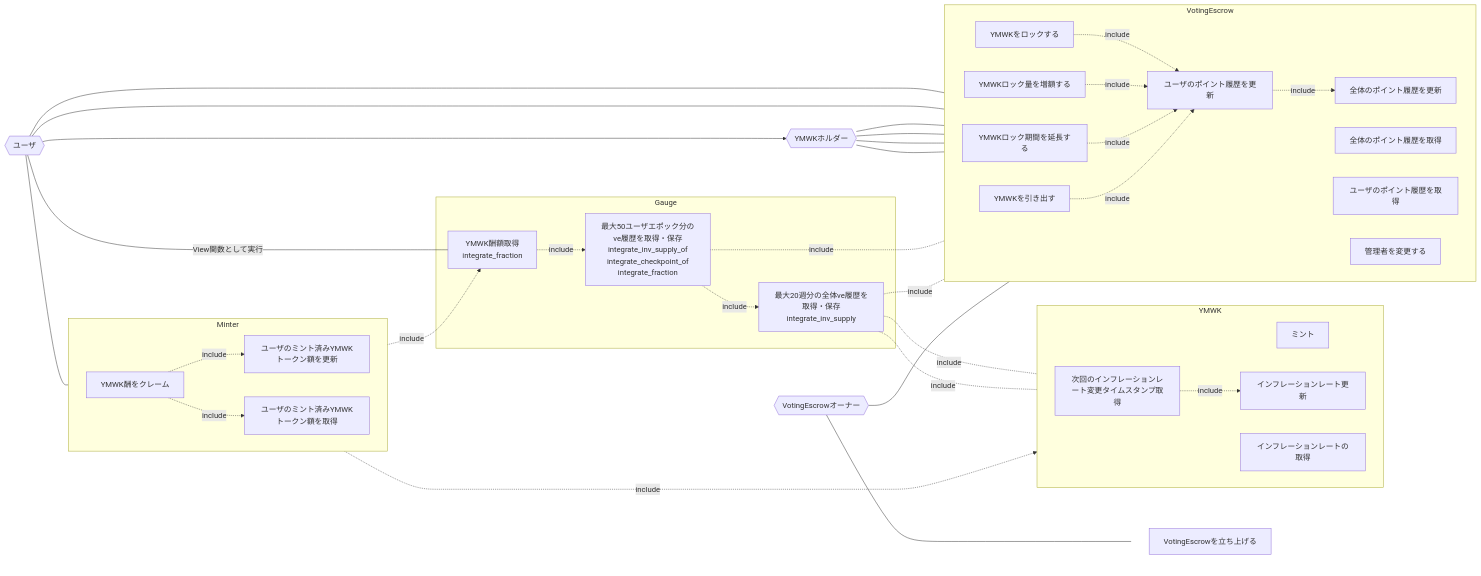
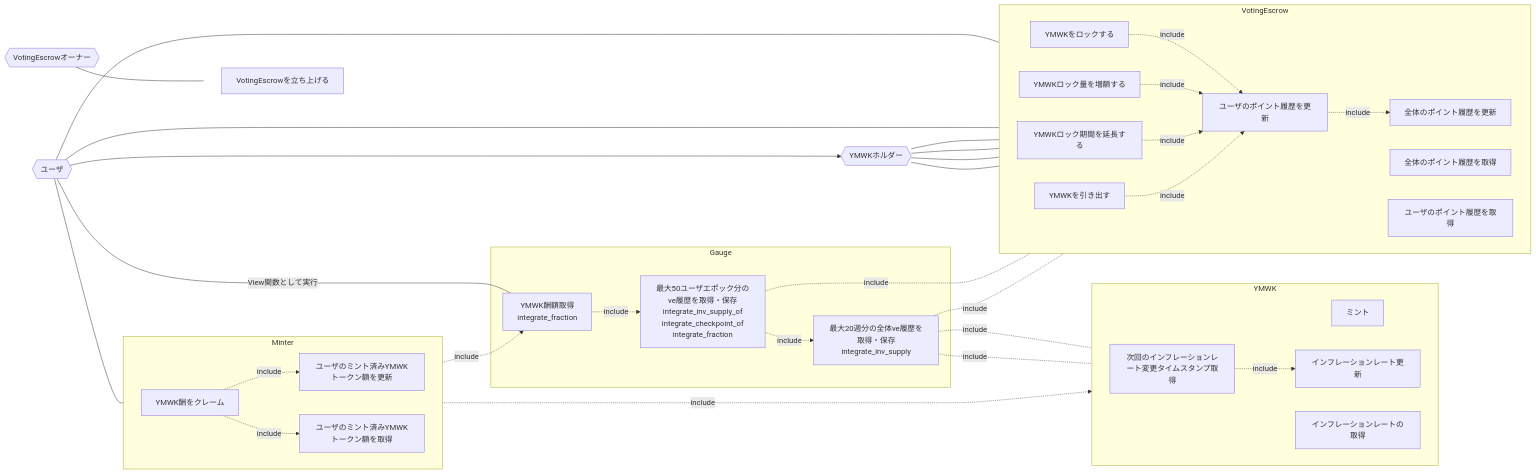
The diagram in doc/ja/VotingEscrow/usecase.md (DeFiGeek-Community/yamawake), drawn with Mermaid before and after one commit. The commit also changed other lines of this file and 5 other files, not shown here.

```diff
--- a/doc/ja/VotingEscrow/usecase.md
+++ b/doc/ja/VotingEscrow/usecase.md
@@ -70,7 +70,6 @@
     claim_ymwk["YMWK酬をクレーム"]
 
     deploy["VotingEscrowを立ち上げる"]
-    change_admin["管理者を変更する"]
 
 
     claimable_tokens["YMWK酬額取得\nintegrate_fraction"]
@@ -107,7 +106,6 @@
     integral -.-|include| future_epoch_time_write
 
     owner --- deploy
-    owner --- change_admin
 
     subgraph Admin[ ]
       direction LR
@@ -132,7 +130,6 @@
       withdraw
       uck
       ck
-      change_admin
     end
 
     subgraph YMWK
```
